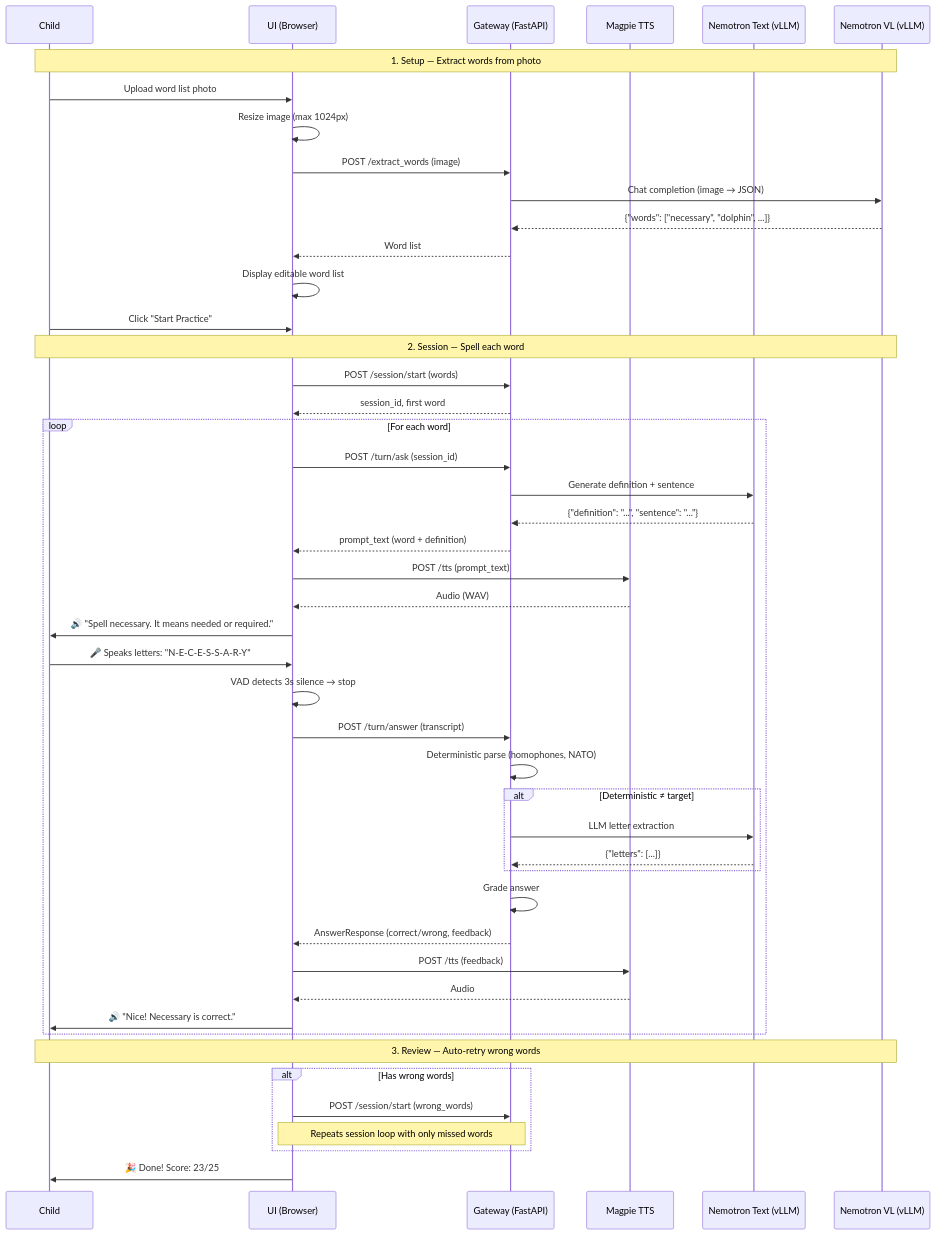
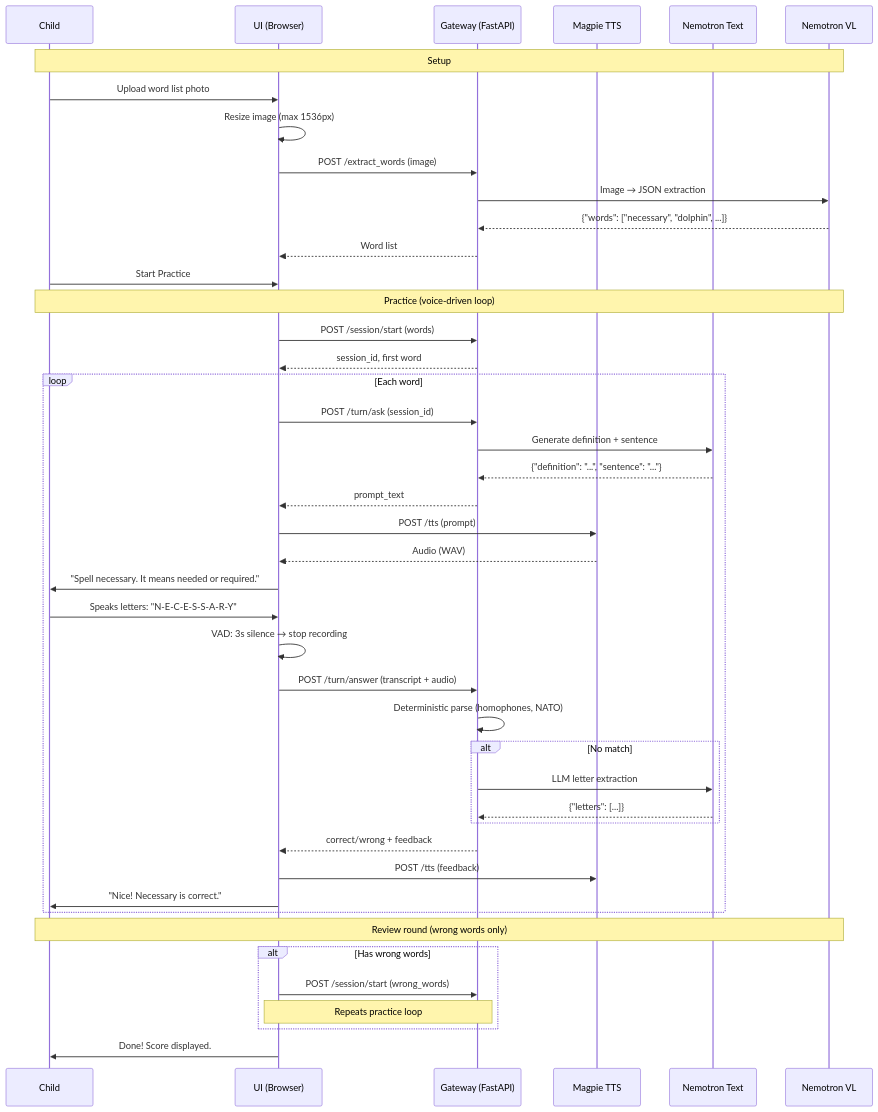
The diagram in README.md (elizabetht/spellingbee-mvp), drawn with Mermaid before and after one commit. The commit also changed other lines of this file and 4 other files, not shown here.

````diff
--- a/README.md
+++ b/README.md
@@ -33,55 +41,52 @@
 ```mermaid
 sequenceDiagram
     participant Child
     participant Browser as UI (Browser)
     participant GW as Gateway (FastAPI)
     participant TTS as Magpie TTS
-    participant TextLLM as Nemotron Text (vLLM)
-    participant VL as Nemotron VL (vLLM)
+    participant TextLLM as Nemotron Text
+    participant VL as Nemotron VL
 
-    Note over Child, VL: 1. Setup — Extract words from photo
+    Note over Child, VL: Setup
     Child->>Browser: Upload word list photo
-    Browser->>Browser: Resize image (max 1024px)
+    Browser->>Browser: Resize image (max 1536px)
     Browser->>GW: POST /extract_words (image)
-    GW->>VL: Chat completion (image → JSON)
+    GW->>VL: Image → JSON extraction
     VL-->>GW: {"words": ["necessary", "dolphin", ...]}
     GW-->>Browser: Word list
-    Browser->>Browser: Display editable word list
-    Child->>Browser: Click "Start Practice"
+    Child->>Browser: Start Practice
 
-    Note over Child, VL: 2. Session — Spell each word
+    Note over Child, VL: Practice (voice-driven loop)
     Browser->>GW: POST /session/start (words)
     GW-->>Browser: session_id, first word
 
-    loop For each word
+    loop Each word
         Browser->>GW: POST /turn/ask (session_id)
         GW->>TextLLM: Generate definition + sentence
         TextLLM-->>GW: {"definition": "...", "sentence": "..."}
-        GW-->>Browser: prompt_text (word + definition)
-        Browser->>TTS: POST /tts (prompt_text)
+        GW-->>Browser: prompt_text
+        Browser->>TTS: POST /tts (prompt)
         TTS-->>Browser: Audio (WAV)
-        Browser->>Child: 🔊 "Spell necessary. It means needed or required."
+        Browser->>Child: "Spell necessary. It means needed or required."
 
-        Child->>Browser: 🎤 Speaks letters: "N-E-C-E-S-S-A-R-Y"
-        Browser->>Browser: VAD detects 3s silence → stop
-        Browser->>GW: POST /turn/answer (transcript)
+        Child->>Browser: Speaks letters: "N-E-C-E-S-S-A-R-Y"
+        Browser->>Browser: VAD: 3s silence → stop recording
+        Browser->>GW: POST /turn/answer (transcript + audio)
         GW->>GW: Deterministic parse (homophones, NATO)
-        alt Deterministic ≠ target
+        alt No match
             GW->>TextLLM: LLM letter extraction
             TextLLM-->>GW: {"letters": [...]}
         end
-        GW->>GW: Grade answer
-        GW-->>Browser: AnswerResponse (correct/wrong, feedback)
+        GW-->>Browser: correct/wrong + feedback
         Browser->>TTS: POST /tts (feedback)
-        TTS-->>Browser: Audio
-        Browser->>Child: 🔊 "Nice! Necessary is correct."
+        Browser->>Child: "Nice! Necessary is correct."
     end
 
-    Note over Child, VL: 3. Review — Auto-retry wrong words
+    Note over Child, VL: Review round (wrong words only)
     alt Has wrong words
         Browser->>GW: POST /session/start (wrong_words)
-        Note over Browser, GW: Repeats session loop with only missed words
+        Note over Browser, GW: Repeats practice loop
     end
 
-    Browser->>Child: 🎉 Done! Score: 23/25
+    Browser->>Child: Done! Score displayed.
 ```
````
